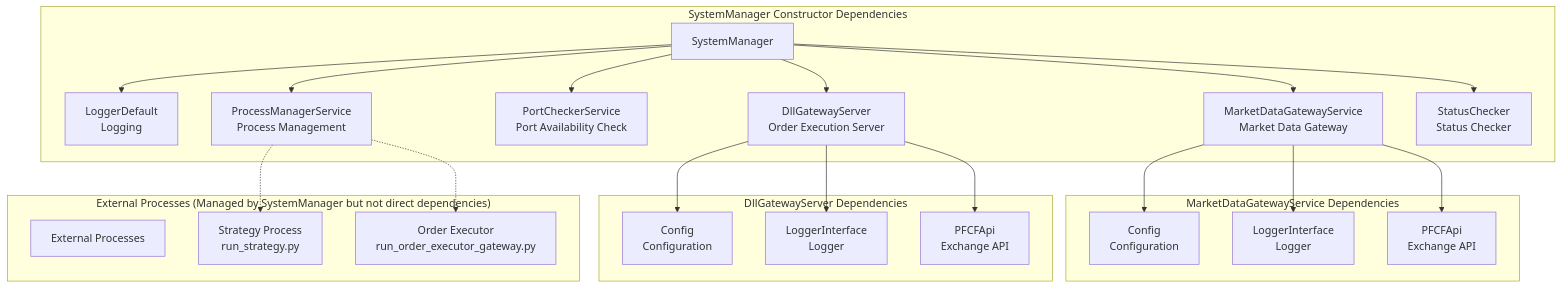
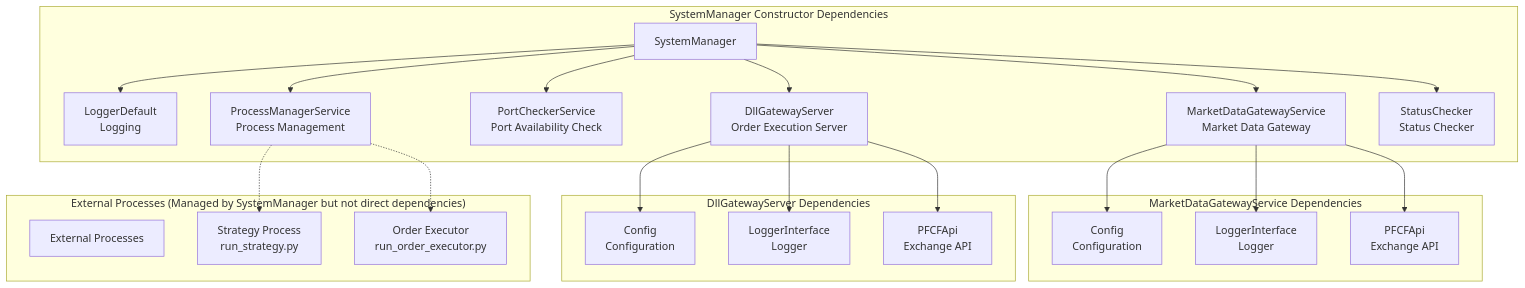
One commit to ttpss930141011/auto-futures-trading-machine changed diagram 11 of 11 in docs/architecture/DETAILED_FLOW_DIAGRAMS.md. Above: the diagram before and after it, drawn with Mermaid. The commit also changed other lines of this file and 50 other files, not shown here.

````diff
--- a/docs/architecture/DETAILED_FLOW_DIAGRAMS.md
+++ b/docs/architecture/DETAILED_FLOW_DIAGRAMS.md
@@ -416,34 +416,34 @@
 ```mermaid
 graph TB
     subgraph "SystemManager Constructor Dependencies"
         SM[SystemManager]
         
         SM --> Logger[LoggerDefault<br/>Logging]
         SM --> DGS[DllGatewayServer<br/>Order Execution Server]
         SM --> PC[PortCheckerService<br/>Port Availability Check]
         SM --> MDG[MarketDataGatewayService<br/>Market Data Gateway]
         SM --> PM[ProcessManagerService<br/>Process Management]
         SM --> SC[StatusChecker<br/>Status Checker]
     end
     
     subgraph "MarketDataGatewayService Dependencies"
         MDG --> Config1[Config<br/>Configuration]
         MDG --> Logger1[LoggerInterface<br/>Logger]
         MDG --> PFCF1[PFCFApi<br/>Exchange API]
     end
     
     subgraph "DllGatewayServer Dependencies"
         DGS --> Config2[Config<br/>Configuration]
         DGS --> Logger2[LoggerInterface<br/>Logger] 
         DGS --> PFCF2[PFCFApi<br/>Exchange API]
     end
     
     subgraph "External Processes (Managed by SystemManager but not direct dependencies)"
         ExtProc[External Processes]
         Strategy[Strategy Process<br/>run_strategy.py]
-        OrderExec[Order Executor<br/>run_order_executor_gateway.py]
+        OrderExec[Order Executor<br/>run_order_executor.py]
     end
     
     PM -.-> Strategy
     PM -.-> OrderExec
 ```
````
